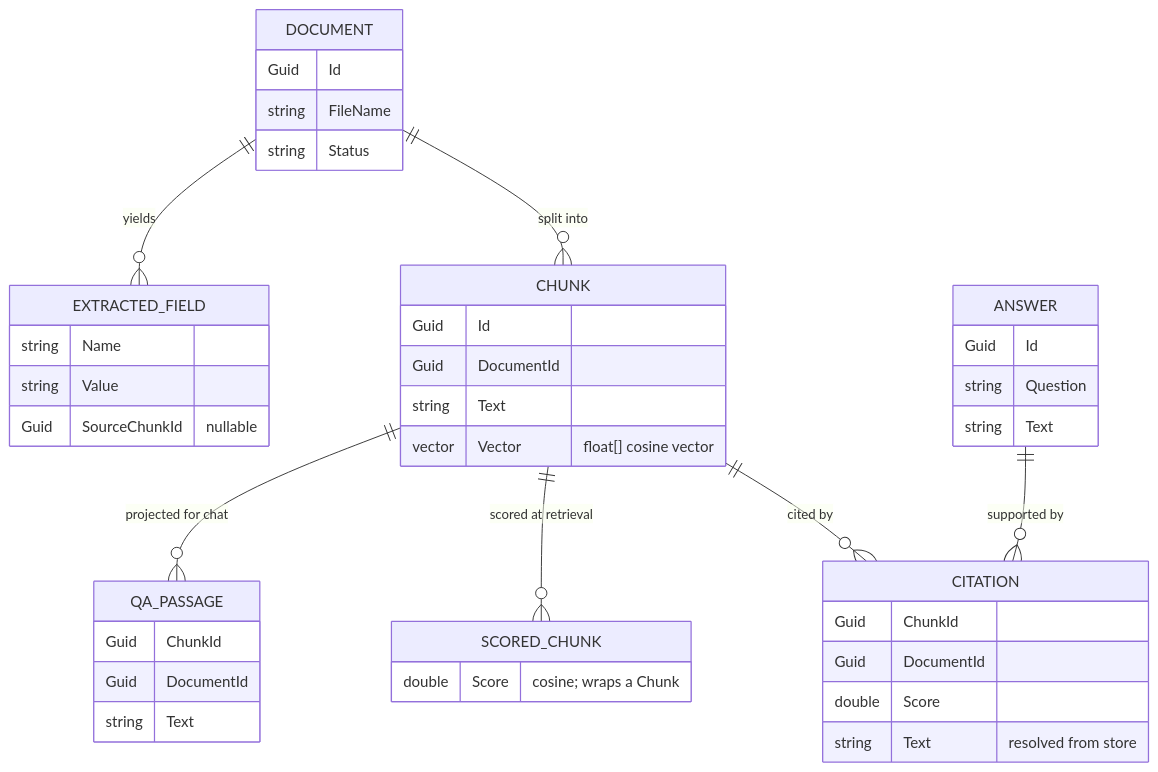
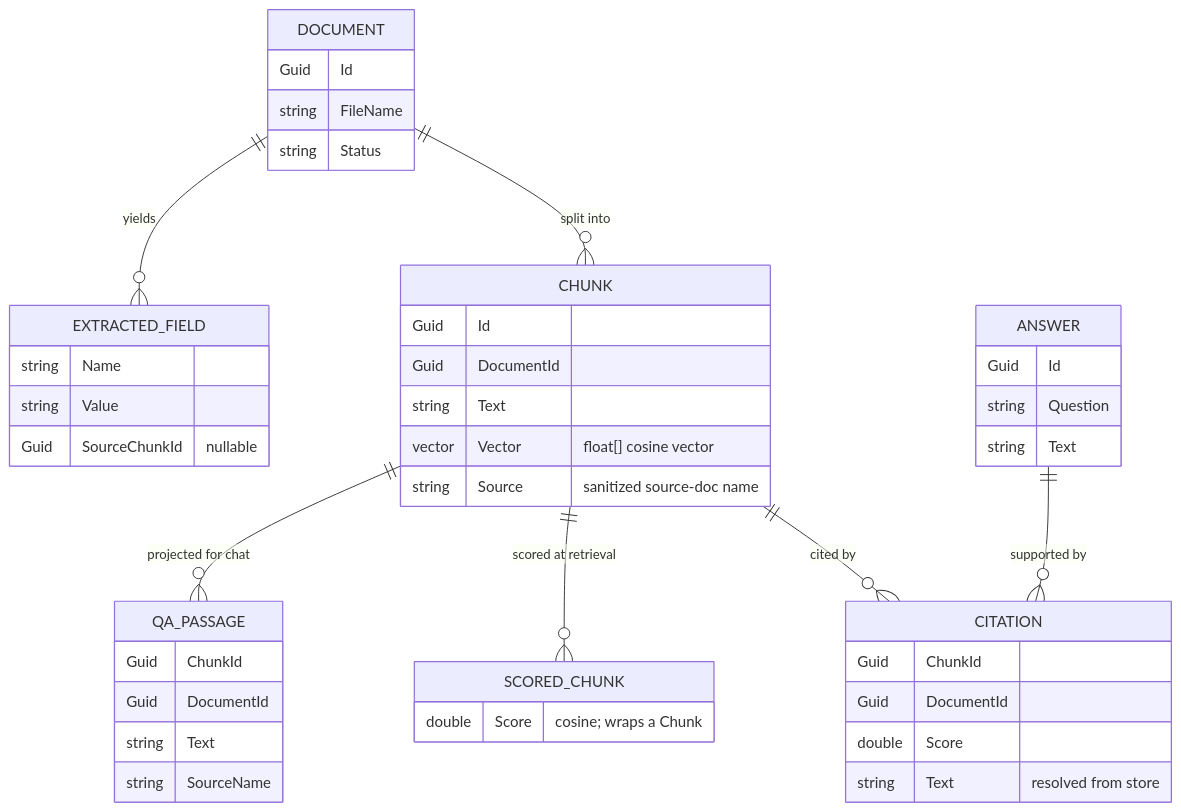
One commit to hectorreyesdev/landdoc-intelligence changed the diagram in knowledge/docs/DATA-MODEL.md. Above: the diagram before and after it, drawn with Mermaid. The commit also changed other lines of this file and 4 other files, not shown here.

Commit message:
docs(reconcile+wrap): sync ARCHITECTURE/DATA-MODEL/spec-0001 to current code; log 2026-06-08 + 3 lessons

````diff
--- a/knowledge/docs/DATA-MODEL.md
+++ b/knowledge/docs/DATA-MODEL.md
@@ -7,45 +7,47 @@
 ```mermaid
 erDiagram
     DOCUMENT ||--o{ CHUNK : "split into"
     DOCUMENT ||--o{ EXTRACTED_FIELD : "yields"
     CHUNK ||--o{ CITATION : "cited by"
     CHUNK ||--o{ SCORED_CHUNK : "scored at retrieval"
     CHUNK ||--o{ QA_PASSAGE : "projected for chat"
     ANSWER ||--o{ CITATION : "supported by"
 
     DOCUMENT {
       Guid Id
       string FileName
       string Status
     }
     CHUNK {
       Guid Id
       Guid DocumentId
       string Text
       vector Vector "float[] cosine vector"
+      string Source "sanitized source-doc name"
     }
     EXTRACTED_FIELD {
       string Name
       string Value
       Guid SourceChunkId "nullable"
     }
     ANSWER {
       Guid Id
       string Question
       string Text
     }
     CITATION {
       Guid ChunkId
       Guid DocumentId
       double Score
       string Text "resolved from store"
     }
     SCORED_CHUNK {
       double Score "cosine; wraps a Chunk"
     }
     QA_PASSAGE {
       Guid ChunkId
       Guid DocumentId
       string Text
+      string SourceName
     }
 ```
````
